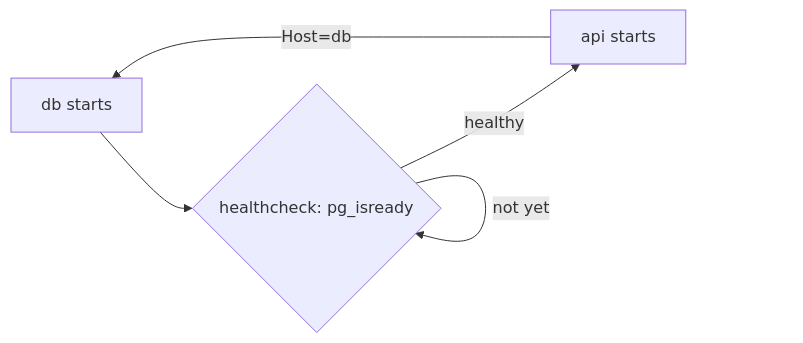
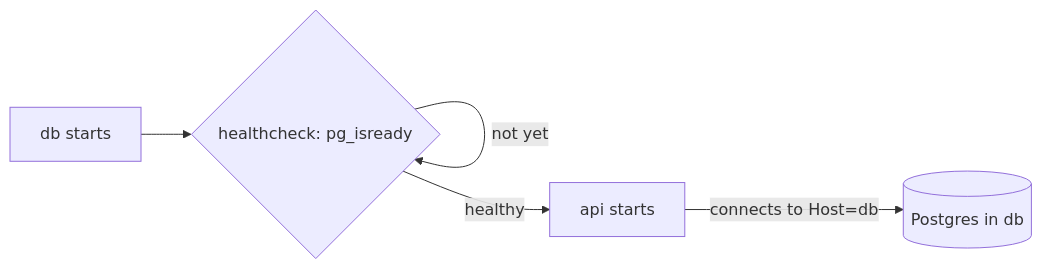
One commit to duyan11110/lo-trinh-architect changed the diagram in content/tracks/devops/docker/devops.l1.compose-for-the-api.en.md. Above: the diagram before and after it, drawn with Mermaid. The commit also changed other lines of this file and 2 other files, not shown here.

````diff
--- a/content/tracks/devops/docker/devops.l1.compose-for-the-api.en.md
+++ b/content/tracks/devops/docker/devops.l1.compose-for-the-api.en.md
@@ -38,7 +38,7 @@
 ```mermaid
 flowchart LR
   D[db starts] --> H{healthcheck: pg_isready}
   H -->|not yet| H
   H -->|healthy| A[api starts]
-  A -->|Host=db| D
+  A -->|connects to Host=db| P[(Postgres in db)]
 ```
````
